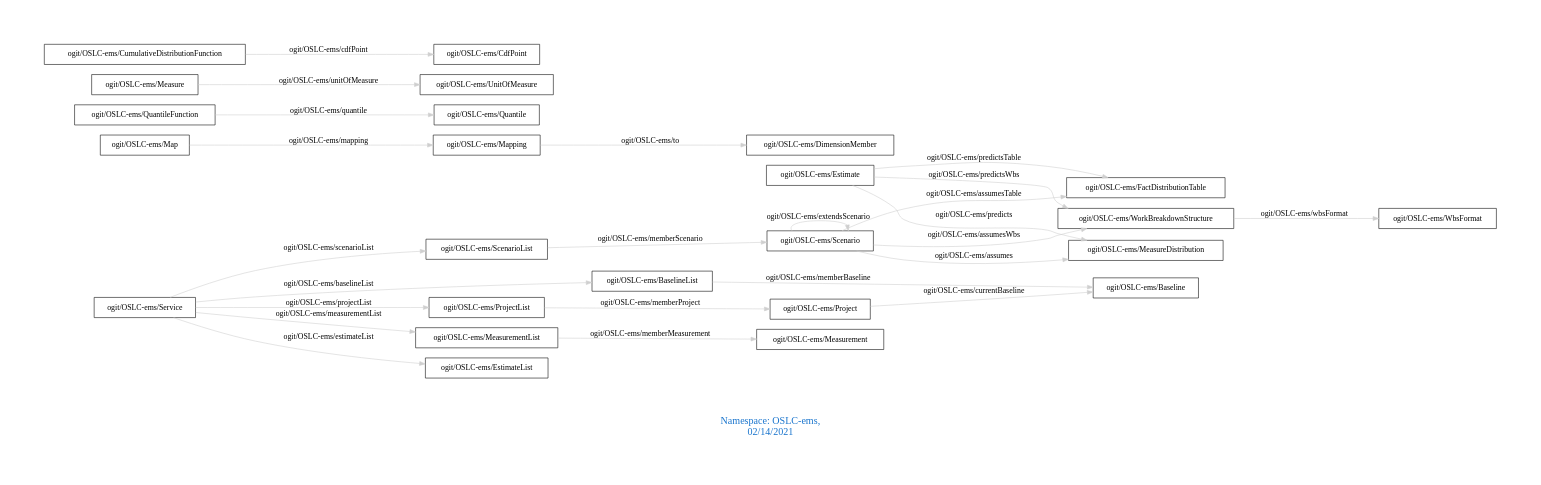
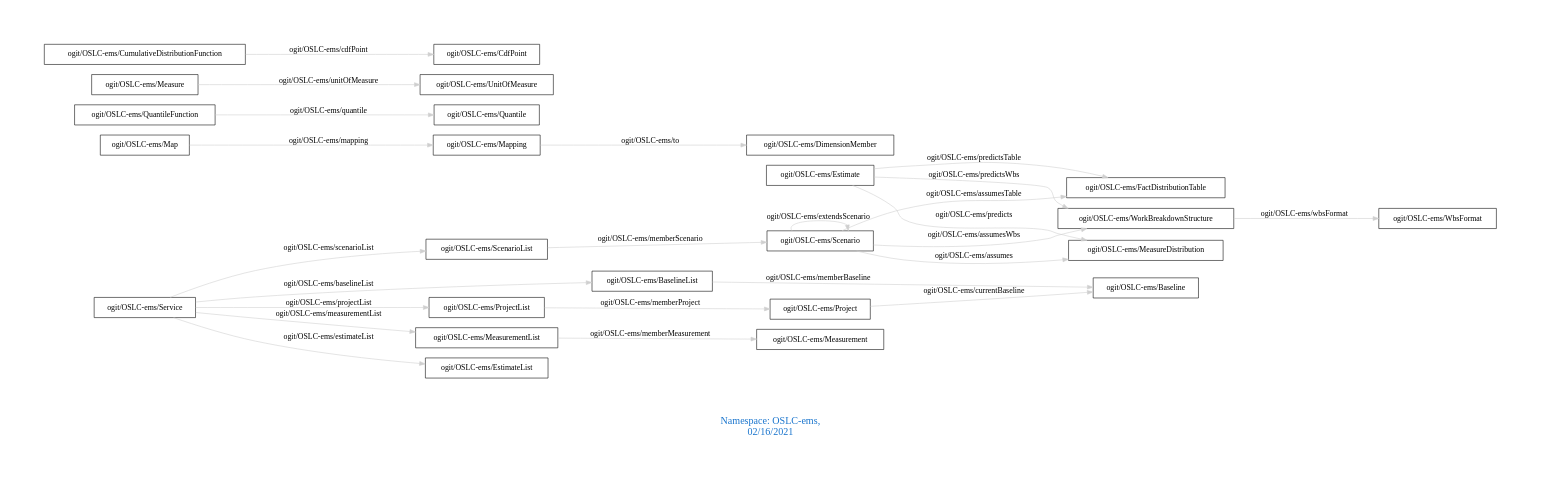
The diagram in downloads/OSLC-ems.dot (arago/OGIT), drawn with Graphviz before and after one commit. The commit also changed 1855 other files, not shown here.

```diff
--- a/downloads/OSLC-ems.dot
+++ b/downloads/OSLC-ems.dot
@@ -1,31 +1,31 @@
 digraph OGIT_ontology {
  graph [ rankdir= LR,pad=1 
 fontsize = 18,
-fontcolor= dodgerblue3,label = "\n\n\nNamespace: OSLC-ems, \n 02/14/2021"];
+fontcolor= dodgerblue3,label = "\n\n\nNamespace: OSLC-ems, \n 02/16/2021"];
 node[shape=polygon];
 edge [  color="gray81"];
 
    "ogit/OSLC-ems/Estimate" -> "ogit/OSLC-ems/MeasureDistribution" [label="   ogit/OSLC-ems/predicts    "];
    "ogit/OSLC-ems/Mapping" -> "ogit/OSLC-ems/DimensionMember" [label="   ogit/OSLC-ems/to    "];
    "ogit/OSLC-ems/Service" -> "ogit/OSLC-ems/ProjectList" [label="   ogit/OSLC-ems/projectList    "];
    "ogit/OSLC-ems/QuantileFunction" -> "ogit/OSLC-ems/Quantile" [label="   ogit/OSLC-ems/quantile    "];
    "ogit/OSLC-ems/Service" -> "ogit/OSLC-ems/ScenarioList" [label="   ogit/OSLC-ems/scenarioList    "];
    "ogit/OSLC-ems/Measure" -> "ogit/OSLC-ems/UnitOfMeasure" [label="   ogit/OSLC-ems/unitOfMeasure    "];
    "ogit/OSLC-ems/ScenarioList" -> "ogit/OSLC-ems/Scenario" [label="   ogit/OSLC-ems/memberScenario    "];
    "ogit/OSLC-ems/Estimate" -> "ogit/OSLC-ems/FactDistributionTable" [label="   ogit/OSLC-ems/predictsTable    "];
    "ogit/OSLC-ems/BaselineList" -> "ogit/OSLC-ems/Baseline" [label="   ogit/OSLC-ems/memberBaseline    "];
    "ogit/OSLC-ems/Scenario" -> "ogit/OSLC-ems/WorkBreakdownStructure" [label="   ogit/OSLC-ems/assumesWbs    "];
    "ogit/OSLC-ems/CumulativeDistributionFunction" -> "ogit/OSLC-ems/CdfPoint" [label="   ogit/OSLC-ems/cdfPoint    "];
    "ogit/OSLC-ems/Project" -> "ogit/OSLC-ems/Baseline" [label="   ogit/OSLC-ems/currentBaseline    "];
    "ogit/OSLC-ems/ProjectList" -> "ogit/OSLC-ems/Project" [label="   ogit/OSLC-ems/memberProject    "];
    "ogit/OSLC-ems/Service" -> "ogit/OSLC-ems/BaselineList" [label="   ogit/OSLC-ems/baselineList    "];
    "ogit/OSLC-ems/Estimate" -> "ogit/OSLC-ems/WorkBreakdownStructure" [label="   ogit/OSLC-ems/predictsWbs    "];
    "ogit/OSLC-ems/Map" -> "ogit/OSLC-ems/Mapping" [label="   ogit/OSLC-ems/mapping    "];
    "ogit/OSLC-ems/MeasurementList" -> "ogit/OSLC-ems/Measurement" [label="   ogit/OSLC-ems/memberMeasurement    "];
    "ogit/OSLC-ems/Service" -> "ogit/OSLC-ems/MeasurementList" [label="   ogit/OSLC-ems/measurementList    "];
    "ogit/OSLC-ems/WorkBreakdownStructure" -> "ogit/OSLC-ems/WbsFormat" [label="   ogit/OSLC-ems/wbsFormat    "];
    "ogit/OSLC-ems/Service" -> "ogit/OSLC-ems/EstimateList" [label="   ogit/OSLC-ems/estimateList    "];
    "ogit/OSLC-ems/Scenario" -> "ogit/OSLC-ems/MeasureDistribution" [label="   ogit/OSLC-ems/assumes    "];
    "ogit/OSLC-ems/Scenario" -> "ogit/OSLC-ems/FactDistributionTable" [label="   ogit/OSLC-ems/assumesTable    "];
    "ogit/OSLC-ems/Scenario" -> "ogit/OSLC-ems/Scenario" [label="   ogit/OSLC-ems/extendsScenario    "];
 }
```
